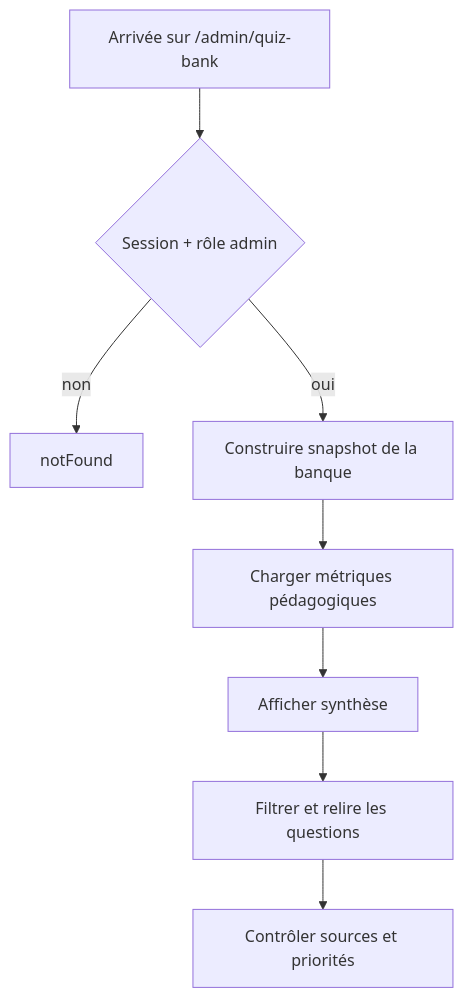
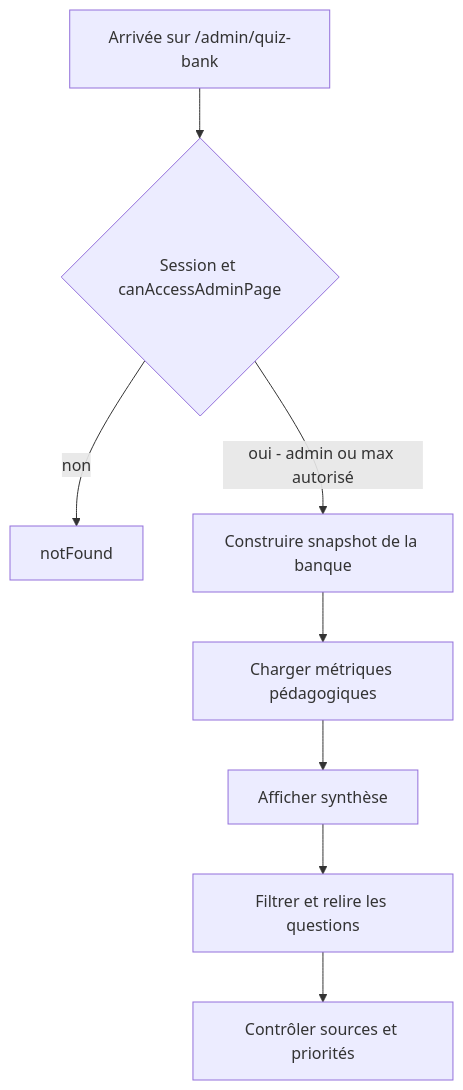
Before and after one commit to maxd4/CleanmyMap: the diagram in documentation/pages_site/routes/09-admin-superadmin/admin-quiz-bank/admin-quiz-bank-presentation-detaillee.md, drawn with Mermaid. The commit also changed other lines of this file and 36 other files, not shown here.

````diff
--- a/documentation/pages_site/routes/09-admin-superadmin/admin-quiz-bank/admin-quiz-bank-presentation-detaillee.md
+++ b/documentation/pages_site/routes/09-admin-superadmin/admin-quiz-bank/admin-quiz-bank-presentation-detaillee.md
@@ -5,10 +7,10 @@
 ```mermaid
 flowchart TD
-  A[Arrivée sur /admin/quiz-bank] --> B{Session + rôle admin}
+  A[Arrivée sur /admin/quiz-bank] --> B{Session et canAccessAdminPage}
   B -->|non| C[notFound]
-  B -->|oui| D[Construire snapshot de la banque]
+  B -->|oui - admin ou max autorisé| D[Construire snapshot de la banque]
   D --> E[Charger métriques pédagogiques]
   E --> F[Afficher synthèse]
   F --> G[Filtrer et relire les questions]
   G --> H[Contrôler sources et priorités]
 ```
````
